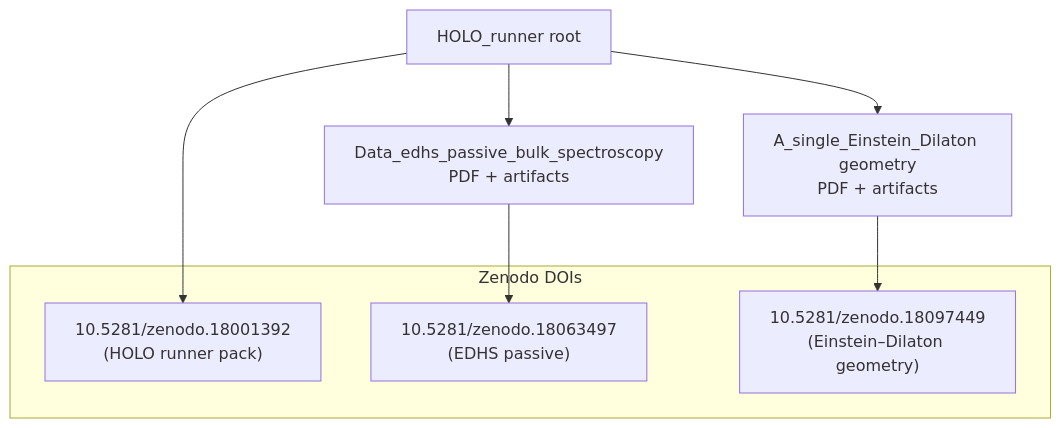
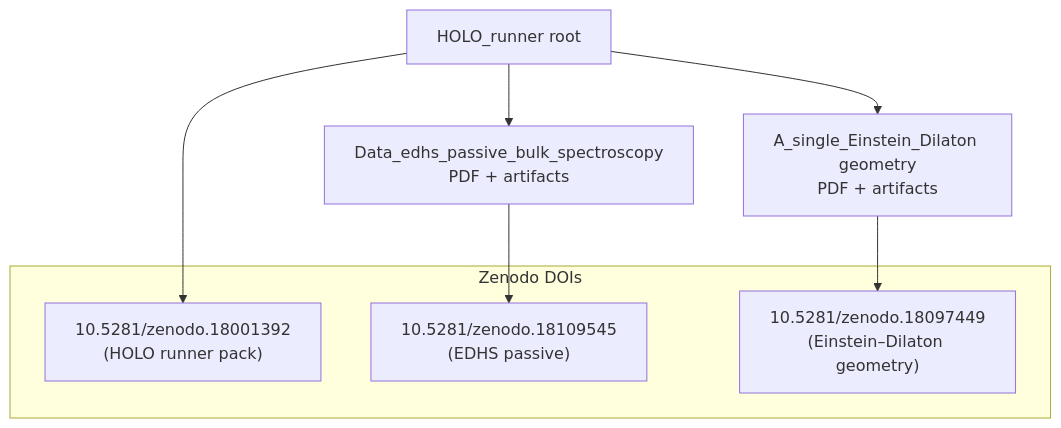
One commit to RAPIDENN/HOLO_runner changed the diagram in README.md. Above: the diagram before and after it, drawn with Mermaid. The commit also changed other lines of this file and 7 other files, not shown here.

Commit message:
update: sync Data_edhs_passive_bulk_spectroscopy pack + update Zenodo DOI to v3

````diff
--- a/README.md
+++ b/README.md
@@ -40,20 +40,20 @@
 ```mermaid
 flowchart TD
     A["HOLO_runner root"] --> B["Data_edhs_passive_bulk_spectroscopy<br/>PDF + artifacts"]
     A --> D["A_single_Einstein_Dilaton geometry<br/>PDF + artifacts"]
 
     subgraph Zenodo DOIs
         Z1["10.5281/zenodo.18001392<br/>(HOLO runner pack)"]
-        Z2["10.5281/zenodo.18063497<br/>(EDHS passive)"]
+        Z2["10.5281/zenodo.18109545<br/>(EDHS passive)"]
         Z3["10.5281/zenodo.18097449<br/>(Einstein–Dilaton geometry)"]
     end
     A --> Z1
     B --> Z2
     D --> Z3
 
     click B "https://github.com/RAPIDENN/HOLO_runner/tree/master/Data_edhs_passive_bulk_spectroscopy" "Open on GitHub"
     click D "https://github.com/RAPIDENN/HOLO_runner/tree/master/A_single_Einstein_Dilaton%20geometry" "Open on GitHub"
     click Z1 "https://doi.org/10.5281/zenodo.18001392" "Open Zenodo"
-    click Z2 "https://doi.org/10.5281/zenodo.18063497" "Open Zenodo"
+    click Z2 "https://doi.org/10.5281/zenodo.18109545" "Open Zenodo"
     click Z3 "https://doi.org/10.5281/zenodo.18097449" "Open Zenodo"
 ```
````
